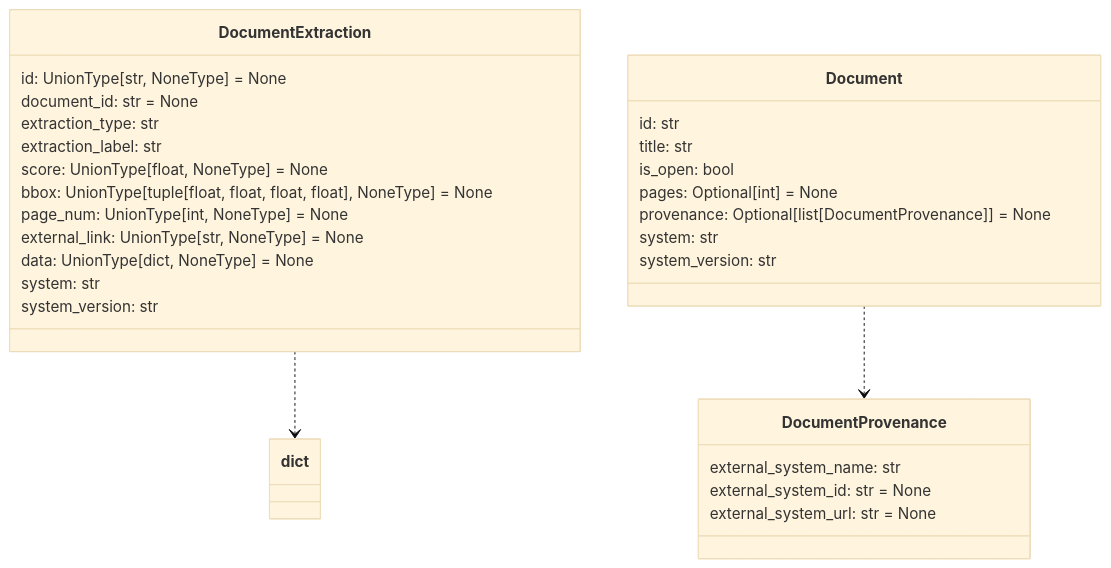
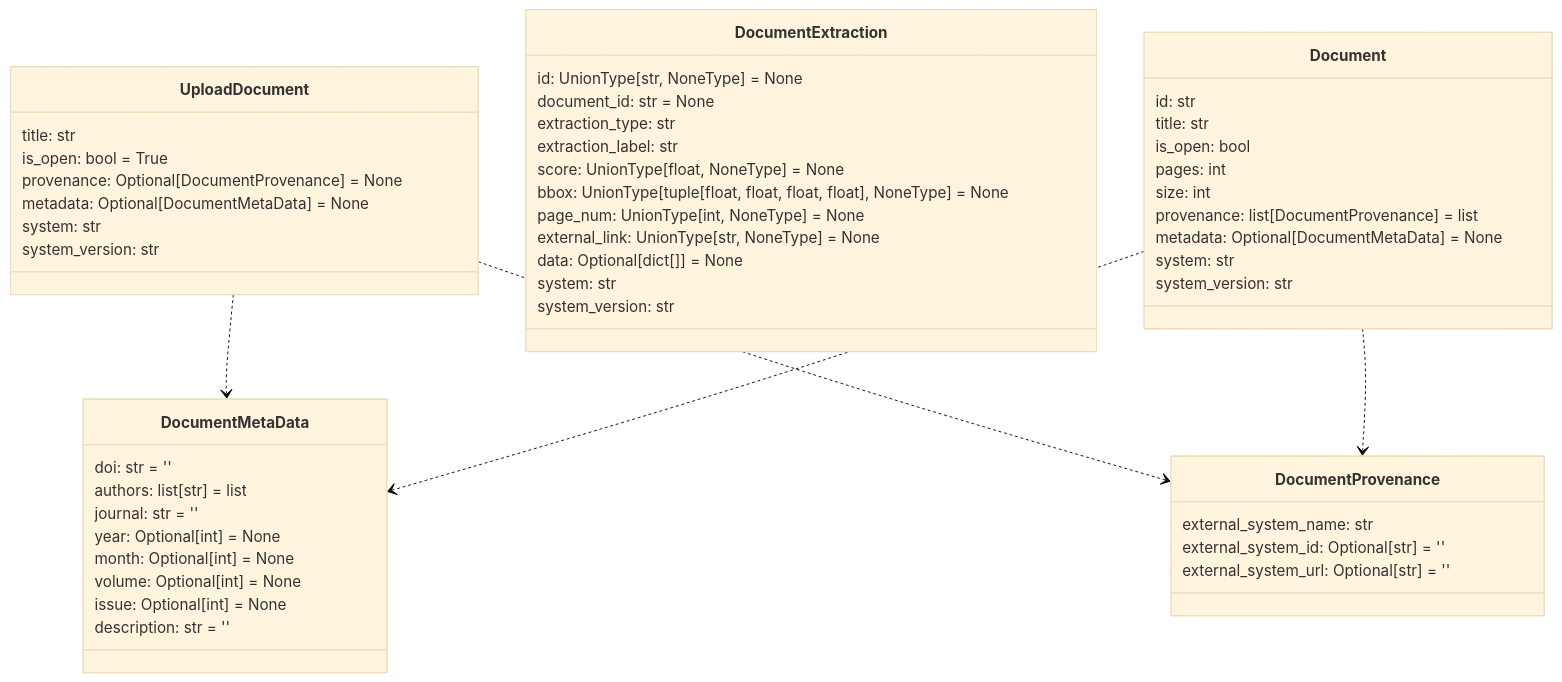
The ninth of 12 diagrams in README.md (DARPA-CRITICALMAAS/cdr_schemas), drawn with Mermaid (base theme) before and after one commit. The commit also changed other lines of this file and 4 other files, not shown here.

````diff
--- a/README.md
+++ b/README.md
@@ -609,38 +625,62 @@
 ```mermaid
 classDiagram
+
+    class UploadDocument {
+        title: str
+        is_open: bool = True
+        provenance: Optional[DocumentProvenance] = None
+        metadata: Optional[DocumentMetaData] = None
+        system: str
+        system_version: str
+    }
 
     class DocumentExtraction {
         id: UnionType[str, NoneType] = None
         document_id: str = None
         extraction_type: str
         extraction_label: str
         score: UnionType[float, NoneType] = None
         bbox: UnionType[tuple[float, float, float, float], NoneType] = None
         page_num: UnionType[int, NoneType] = None
         external_link: UnionType[str, NoneType] = None
-        data: UnionType[dict, NoneType] = None
+        data: Optional[dict[]] = None
         system: str
         system_version: str
     }
 
     class Document {
         id: str
         title: str
         is_open: bool
-        pages: Optional[int] = None
-        provenance: Optional[list[DocumentProvenance]] = None
+        pages: int
+        size: int
+        provenance: list[DocumentProvenance] = list
+        metadata: Optional[DocumentMetaData] = None
         system: str
         system_version: str
     }
 
+    class DocumentMetaData {
+        doi: str = ''
+        authors: list[str] = list
+        journal: str = ''
+        year: Optional[int] = None
+        month: Optional[int] = None
+        volume: Optional[int] = None
+        issue: Optional[int] = None
+        description: str = ''
+    }
+
     class DocumentProvenance {
         external_system_name: str
-        external_system_id: str = None
-        external_system_url: str = None
+        external_system_id: Optional[str] = ''
+        external_system_url: Optional[str] = ''
     }
 
+    UploadDocument ..> DocumentMetaData
+    UploadDocument ..> DocumentProvenance
+    Document ..> DocumentMetaData
     Document ..> DocumentProvenance
-    DocumentExtraction ..> dict
 
 
 ```
````
